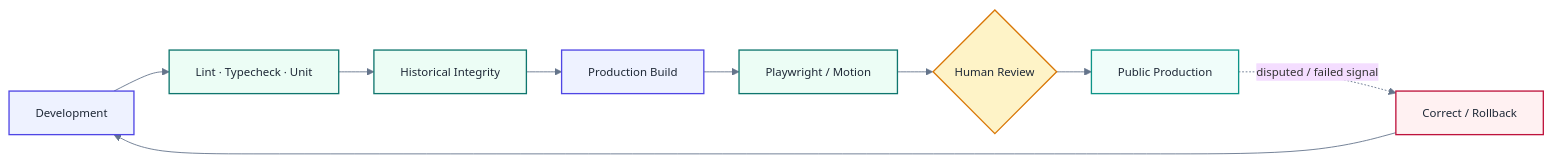
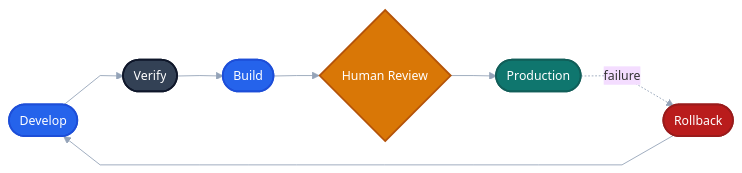
One commit to drferdi/Kediri-Kings-Century changed the fourth of 4 diagrams in README.md. Above: the diagram before and after it, drawn with Mermaid. The commit also changed other lines of this file, not shown here.

Commit message:
docs(readme): redesign Mermaid diagrams

```diff
--- a/README.md
+++ b/README.md
@@ -514,27 +463,25 @@
 ~~~mermaid
-%%{init: {'theme':'base','flowchart':{'curve':'basis','nodeSpacing':26,'rankSpacing':40},'themeVariables':{'fontFamily':'Inter, ui-sans-serif, system-ui','fontSize':'13px','lineColor':'#64748B'}}}%%
+%%{init: {'theme':'base','flowchart':{'curve':'linear','nodeSpacing':34,'rankSpacing':52},'themeVariables':{'fontFamily':'Inter, ui-sans-serif, system-ui','fontSize':'14px','lineColor':'#94A3B8'}}}%%
 flowchart LR
-  DEV["Development"]
-  STATIC["Lint · Typecheck · Unit"]
-  HIST["Historical Integrity"]
-  BUILD["Production Build"]
-  BROWSER["Playwright / Motion"]
-  REVIEW{"Human Review"}
-  PROD["Public Production"]
-  ROLLBACK["Correct / Rollback"]
+  A(["Develop"])
+  B(["Verify"])
+  C(["Build"])
+  D{"Human Review"}
+  E(["Production"])
+  R(["Rollback"])
 
-  DEV --> STATIC --> HIST --> BUILD --> BROWSER --> REVIEW --> PROD
-  PROD -. disputed / failed signal .-> ROLLBACK --> DEV
+  A --> B --> C --> D --> E
+  E -. failure .-> R --> A
 
-  classDef system fill:#EEF2FF,stroke:#4F46E5,stroke-width:1.5px,color:#1F2937;
-  classDef verified fill:#ECFDF5,stroke:#0F766E,stroke-width:1.5px,color:#1F2937;
-  classDef human fill:#FEF3C7,stroke:#D97706,stroke-width:1.5px,color:#1F2937;
-  classDef public fill:#F0FDFA,stroke:#0D9488,stroke-width:1.5px,color:#1F2937;
-  classDef exception fill:#FFF1F2,stroke:#BE123C,stroke-width:1.5px,color:#1F2937;
+  classDef core fill:#2563EB,stroke:#1D4ED8,stroke-width:2px,color:#FFFFFF;
+  classDef verify fill:#334155,stroke:#0F172A,stroke-width:2px,color:#FFFFFF;
+  classDef human fill:#D97706,stroke:#B45309,stroke-width:2px,color:#FFFFFF;
+  classDef output fill:#0F766E,stroke:#115E59,stroke-width:2px,color:#FFFFFF;
+  classDef stop fill:#B91C1C,stroke:#991B1B,stroke-width:2px,color:#FFFFFF;
 
-  class DEV,BUILD system;
-  class STATIC,HIST,BROWSER verified;
-  class REVIEW human;
-  class PROD public;
-  class ROLLBACK exception;
+  class A,C core;
+  class B verify;
+  class D human;
+  class E output;
+  class R stop;
 ~~~
```
